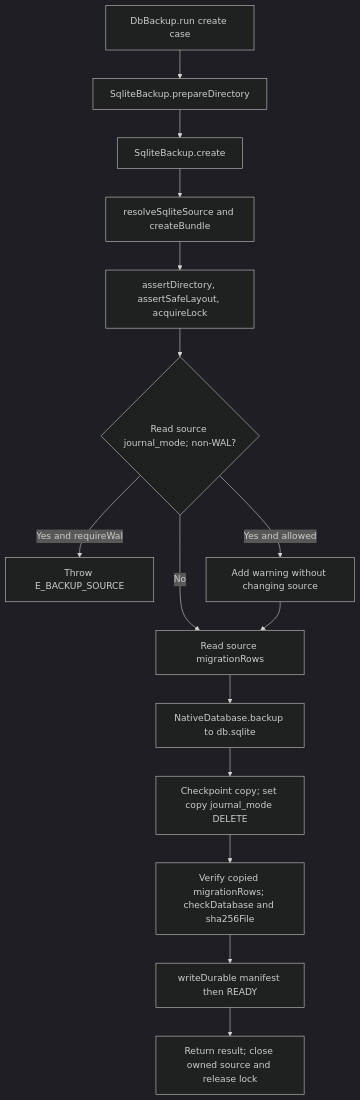
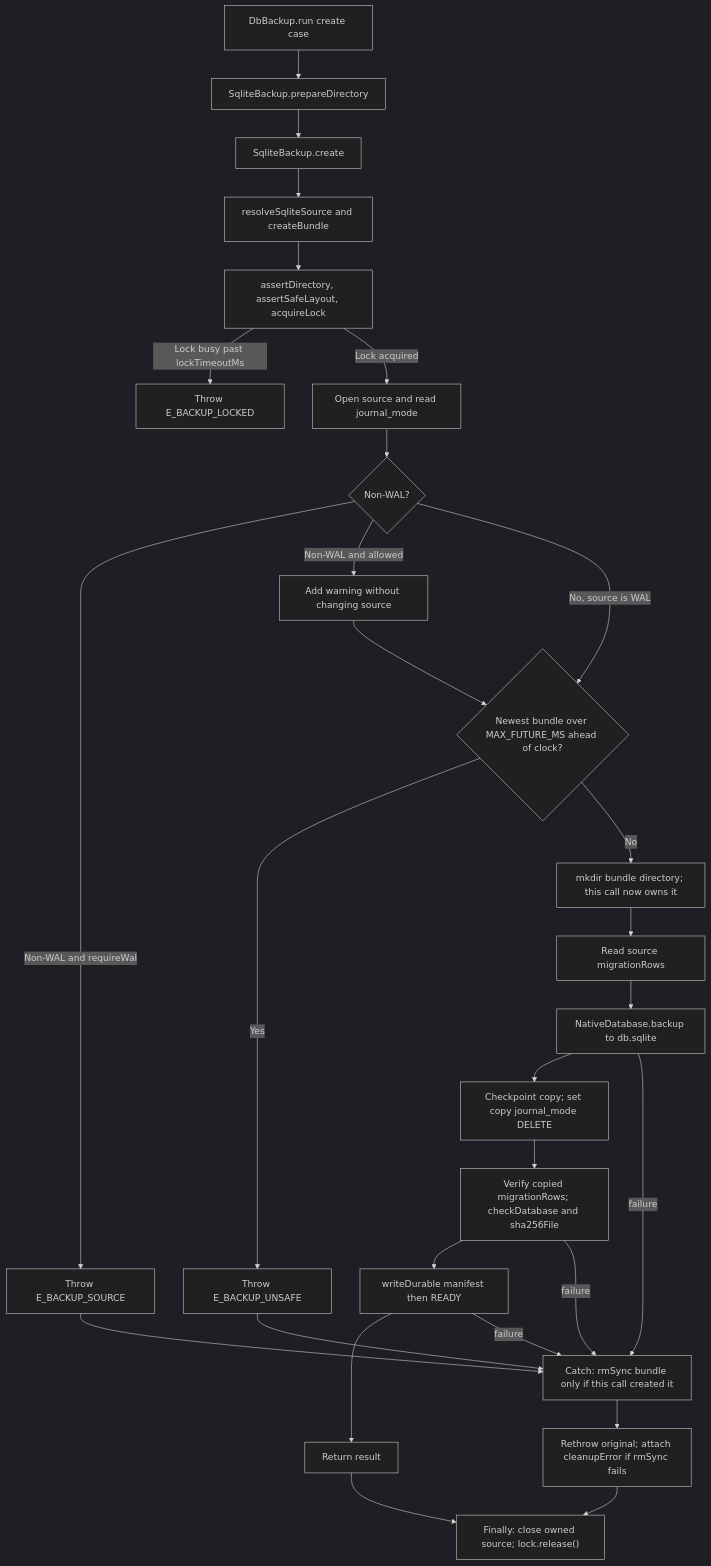
The second of 2 diagrams in user-stories/create-bundle/us-op-01-create-bundle.md (Kevinjohn/oss-adonisjs-sqlite-backup), drawn with Mermaid (dark theme) before and after one commit. The commit also changed other lines of this file and 9 other files, not shown here.

````diff
--- a/user-stories/create-bundle/us-op-01-create-bundle.md
+++ b/user-stories/create-bundle/us-op-01-create-bundle.md
@@ -40,17 +44,30 @@
 ```mermaid
 flowchart TD
     A["DbBackup.run create case"] --> B["SqliteBackup.prepareDirectory"]
     B --> C["SqliteBackup.create"]
     C --> D["resolveSqliteSource and createBundle"]
     D --> E["assertDirectory, assertSafeLayout, acquireLock"]
-    E --> J{"Read source journal_mode; non-WAL?"}
-    J -->|Yes and requireWal| K["Throw E_BACKUP_SOURCE"]
-    J -->|Yes and allowed| L["Add warning without changing source"]
-    J -->|No| N["Read source migrationRows"]
-    L --> N
+    E -->|Lock busy past lockTimeoutMs| W["Throw E_BACKUP_LOCKED"]
+    E -->|Lock acquired| O["Open source and read journal_mode"]
+    O --> J{"Non-WAL?"}
+    J -->|"Non-WAL and requireWal"| K["Throw E_BACKUP_SOURCE"]
+    J -->|"Non-WAL and allowed"| L["Add warning without changing source"]
+    J -->|"No, source is WAL"| Q{"Newest bundle over MAX_FUTURE_MS ahead of clock?"}
+    L --> Q
+    Q -->|Yes| R["Throw E_BACKUP_UNSAFE"]
+    Q -->|No| S["mkdir bundle directory; this call now owns it"]
+    S --> N["Read source migrationRows"]
     N --> F["NativeDatabase.backup to db.sqlite"]
     F --> M["Checkpoint copy; set copy journal_mode DELETE"]
     M --> G["Verify copied migrationRows; checkDatabase and sha256File"]
     G --> H["writeDurable manifest then READY"]
-    H --> I["Return result; close owned source and release lock"]
+    H --> I["Return result"]
+    K --> V["Catch: rmSync bundle only if this call created it"]
+    R --> V
+    F -->|failure| V
+    G -->|failure| V
+    H -->|failure| V
+    V --> U["Rethrow original; attach cleanupError if rmSync fails"]
+    I --> T["Finally: close owned source; lock.release()"]
+    U --> T
 ```
````
